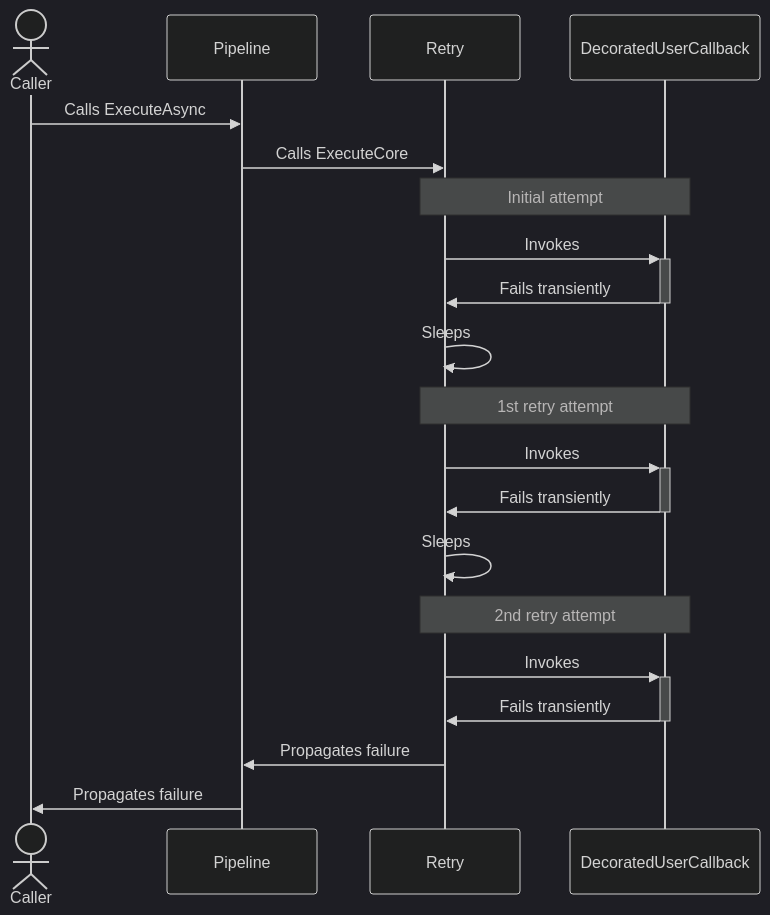
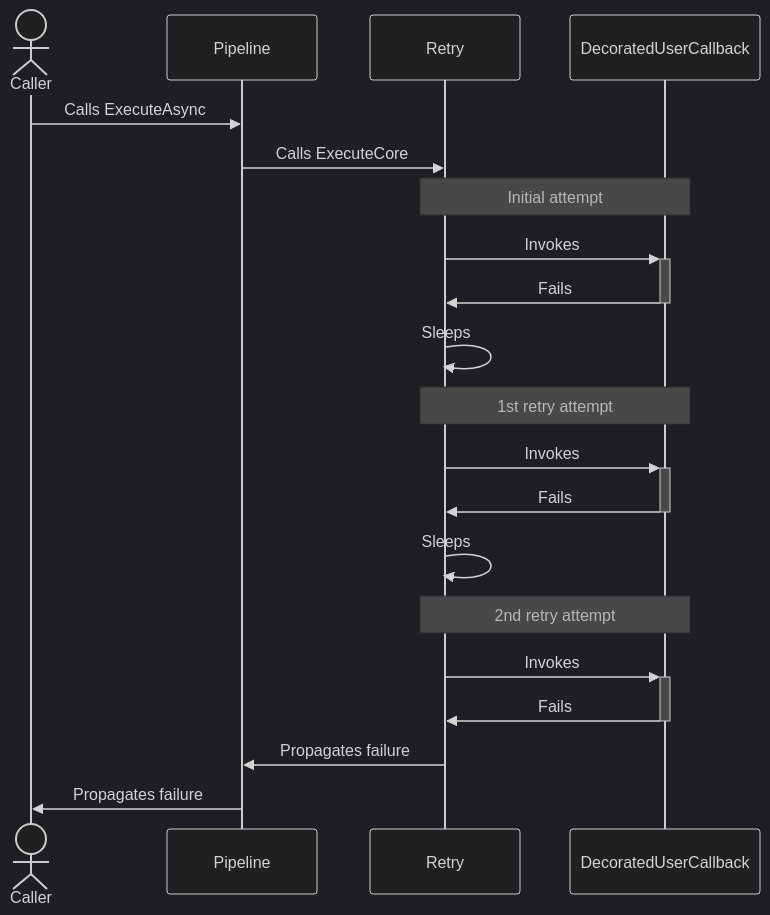
One commit to App-vNext/Polly changed the second of 2 diagrams in docs/strategies/retry.md. Above: the diagram before and after it, drawn with Mermaid. The commit also changed other lines of this file and 2 other files, not shown here.

Commit message:
Adjust mermaid diagrams based on feedbacks

````diff
--- a/docs/strategies/retry.md
+++ b/docs/strategies/retry.md
@@ -136,24 +136,24 @@
 ```mermaid
 %%{init: {'theme':'dark'}}%%
 sequenceDiagram
     actor C as Caller
     participant P as Pipeline
     participant R as Retry
     participant D as DecoratedUserCallback
 
     C->>P: Calls ExecuteAsync
     P->>R: Calls ExecuteCore
     Note over R,D: Initial attempt
     R->>+D: Invokes
-    D->>-R: Fails transiently
+    D->>-R: Fails
     R->>R: Sleeps
     Note over R,D: 1st retry attempt
     R->>+D: Invokes
-    D->>-R: Fails transiently
+    D->>-R: Fails
     R->>R: Sleeps
     Note over R,D: 2nd retry attempt
     R->>+D: Invokes
-    D->>-R: Fails transiently
+    D->>-R: Fails
     R->>P: Propagates failure
     P->>C: Propagates failure
 ```
````
